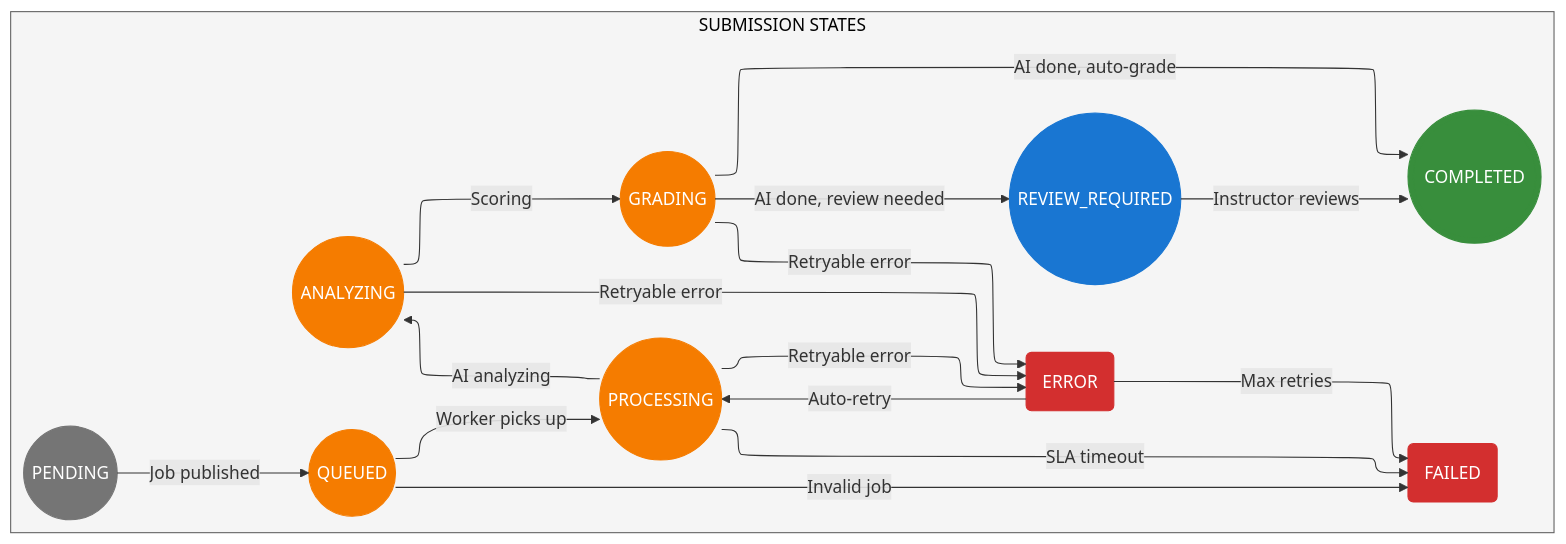
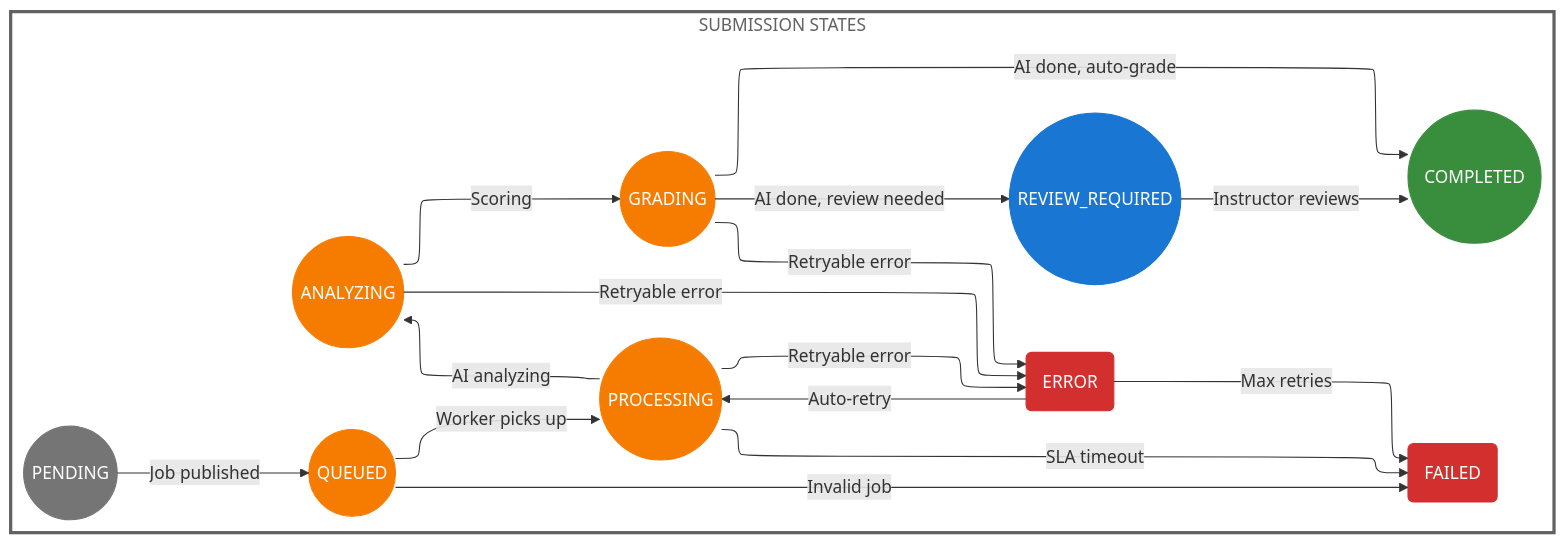
The fifth of 12 diagrams in docs/capstone/diagrams/flow-diagrams.vi.md (nghyane/VSTEP), drawn with Mermaid before and after one commit. The commit also changed other lines of this file, not shown here.

````diff
--- a/docs/capstone/diagrams/flow-diagrams.vi.md
+++ b/docs/capstone/diagrams/flow-diagrams.vi.md
@@ -266,55 +266,55 @@
 ```mermaid
 ---
 config:
   layout: elk
 ---
 flowchart TB
     subgraph States["SUBMISSION STATES"]
         direction LR
         PENDING@{ shape: circle, label: "PENDING" }
         QUEUED@{ shape: circle, label: "QUEUED" }
         PROCESSING@{ shape: circle, label: "PROCESSING" }
         ANALYZING@{ shape: circle, label: "ANALYZING" }
         GRADING@{ shape: circle, label: "GRADING" }
         COMPLETED@{ shape: dbl-circ, label: "COMPLETED" }
         ERROR@{ shape: rounded, label: "ERROR" }
         FAILED@{ shape: rounded, label: "FAILED" }
         REVIEW@{ shape: circle, label: "REVIEW_REQUIRED" }
     end
 
     PENDING -->|"Job published"| QUEUED
     QUEUED -->|"Worker picks up"| PROCESSING
     PROCESSING -->|"AI analyzing"| ANALYZING
     ANALYZING -->|"Scoring"| GRADING
     GRADING -->|"AI done, auto-grade"| COMPLETED
     GRADING -->|"AI done, review needed"| REVIEW
     REVIEW -->|"Instructor reviews"| COMPLETED
     
     PROCESSING -->|"Retryable error"| ERROR
     ANALYZING -->|"Retryable error"| ERROR
     GRADING -->|"Retryable error"| ERROR
     
     ERROR -->|"Auto-retry"| PROCESSING
     ERROR -->|"Max retries"| FAILED
     
     QUEUED -->|"Invalid job"| FAILED
     PROCESSING -->|"SLA timeout"| FAILED
 
     %% Nodes
     classDef pending fill:#757575,stroke:#757575,color:#fff
     classDef active fill:#f57c00,stroke:#f57c00,color:#fff
     classDef success fill:#388e3c,stroke:#388e3c,color:#fff
     classDef error fill:#d32f2f,stroke:#d32f2f,color:#fff
     classDef review fill:#1976d2,stroke:#1976d2,color:#fff
 
     %% Box
-    classDef statesBox fill:#f5f5f5,stroke:#616161,color:#000
+    classDef statesBox fill:none,stroke:#616161,stroke-width:3px,color:#616161
 
     class States statesBox
 
     class PENDING pending
     class QUEUED,PROCESSING,ANALYZING,GRADING active
     class COMPLETED success
     class ERROR,FAILED error
     class REVIEW review
 ```
````
